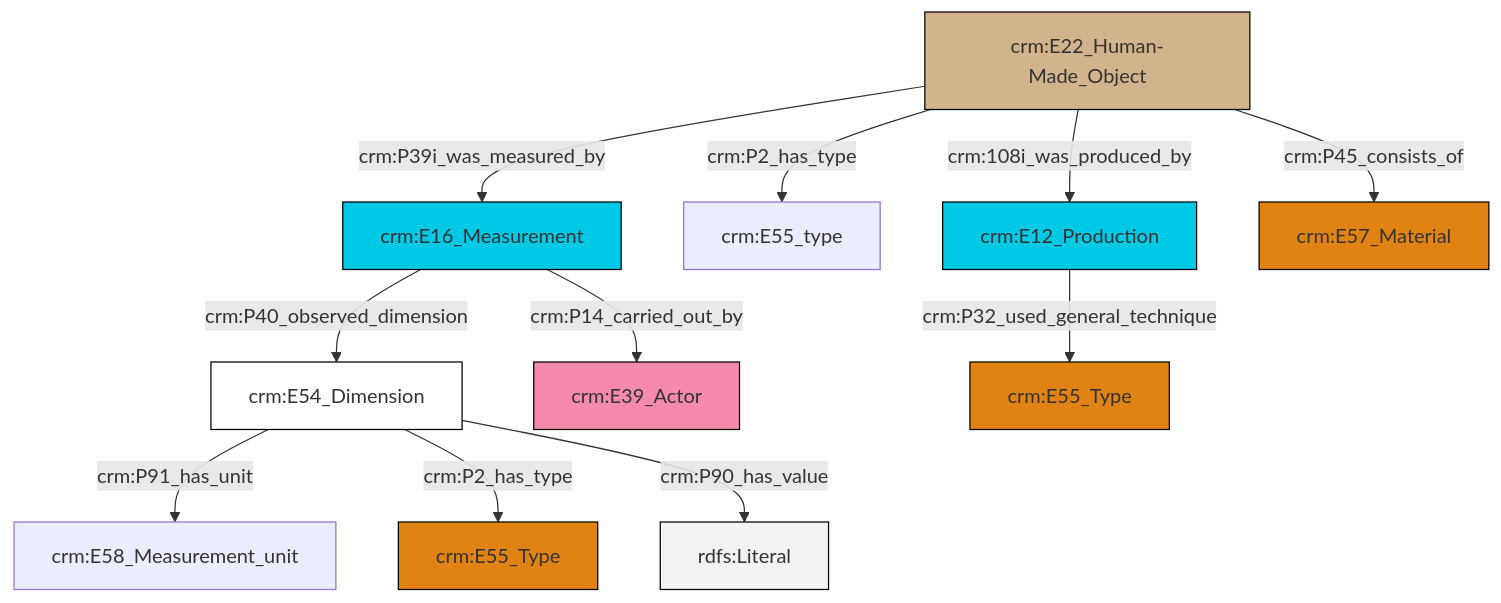
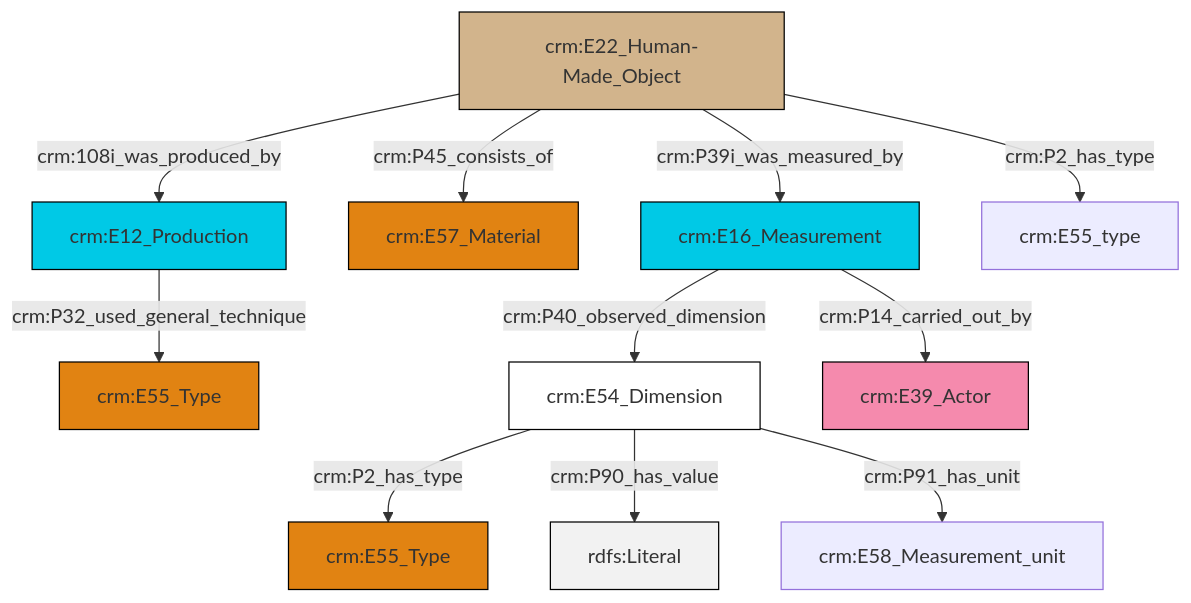
The diagram in et/builtWorkCSV/ttl/mmd/Built_Work_substance.ttl.mmd (swiss-art-research-net/docs.swissartresearch), drawn with Mermaid before and after one commit. The commit also changed 177 other files, not shown here.

```diff
--- a/et/builtWorkCSV/ttl/mmd/Built_Work_substance.ttl.mmd
+++ b/et/builtWorkCSV/ttl/mmd/Built_Work_substance.ttl.mmd
@@ -1,25 +1,25 @@
 graph TD
 classDef Literal fill:#f2f2f2,stroke:#000000;
 classDef CRM_Entity fill:#FFFFFF,stroke:#000000;
 classDef Temporal_Entity fill:#00C9E6, stroke:#000000;
 classDef Type fill:#E18312, stroke:#000000;
 classDef Time-Span fill:#2C9C91, stroke:#000000;
 classDef Appellation fill:#FFEB7F, stroke:#000000;
 classDef Place fill:#008836, stroke:#000000;
 classDef Persistent_Item fill:#B266B2, stroke:#000000;
 classDef Conceptual_Object fill:#FFD700, stroke:#000000;
 classDef Physical_Thing fill:#D2B48C, stroke:#000000;
 classDef Actor fill:#f58aad, stroke:#000000;
 classDef PC_Classes fill:#4ce600, stroke:#000000;
 classDef Multi fill:#cccccc,stroke:#000000;
 
-0["crm:E54_Dimension"]:::CRM_Entity -->|crm:P91_has_unit| 2["crm:E58_Measurement_unit"]:::Default
-3["crm:E22_Human-Made_Object"]:::Physical_Thing -->|crm:P39i_was_measured_by| 4["crm:E16_Measurement"]:::Temporal_Entity
-4["crm:E16_Measurement"]:::Temporal_Entity -->|crm:P14_carried_out_by| 6["crm:E39_Actor"]:::Actor
-4["crm:E16_Measurement"]:::Temporal_Entity -->|crm:P40_observed_dimension| 0["crm:E54_Dimension"]:::CRM_Entity
-3["crm:E22_Human-Made_Object"]:::Physical_Thing -->|crm:108i_was_produced_by| 9["crm:E12_Production"]:::Temporal_Entity
-9["crm:E12_Production"]:::Temporal_Entity -->|crm:P32_used_general_technique| 10["crm:E55_Type"]:::Type
-3["crm:E22_Human-Made_Object"]:::Physical_Thing -->|crm:P2_has_type| 7["crm:E55_type"]:::Default
-0["crm:E54_Dimension"]:::CRM_Entity -->|crm:P2_has_type| 14["crm:E55_Type"]:::Type
-3["crm:E22_Human-Made_Object"]:::Physical_Thing -->|crm:P45_consists_of| 11["crm:E57_Material"]:::Type
-0["crm:E54_Dimension"]:::CRM_Entity -->|crm:P90_has_value| 18[rdfs:Literal]:::Literal
+0["crm:E12_Production"]:::Temporal_Entity -->|crm:P32_used_general_technique| 1["crm:E55_Type"]:::Type
+4["crm:E22_Human-Made_Object"]:::Physical_Thing -->|crm:P39i_was_measured_by| 5["crm:E16_Measurement"]:::Temporal_Entity
+5["crm:E16_Measurement"]:::Temporal_Entity -->|crm:P40_observed_dimension| 7["crm:E54_Dimension"]:::CRM_Entity
+7["crm:E54_Dimension"]:::CRM_Entity -->|crm:P2_has_type| 9["crm:E55_Type"]:::Type
+5["crm:E16_Measurement"]:::Temporal_Entity -->|crm:P14_carried_out_by| 10["crm:E39_Actor"]:::Actor
+4["crm:E22_Human-Made_Object"]:::Physical_Thing -->|crm:P45_consists_of| 2["crm:E57_Material"]:::Type
+7["crm:E54_Dimension"]:::CRM_Entity -->|crm:P90_has_value| 13[rdfs:Literal]:::Literal
+4["crm:E22_Human-Made_Object"]:::Physical_Thing -->|crm:P2_has_type| 15["crm:E55_type"]:::Default
+7["crm:E54_Dimension"]:::CRM_Entity -->|crm:P91_has_unit| 11["crm:E58_Measurement_unit"]:::Default
+4["crm:E22_Human-Made_Object"]:::Physical_Thing -->|crm:108i_was_produced_by| 0["crm:E12_Production"]:::Temporal_Entity
```
